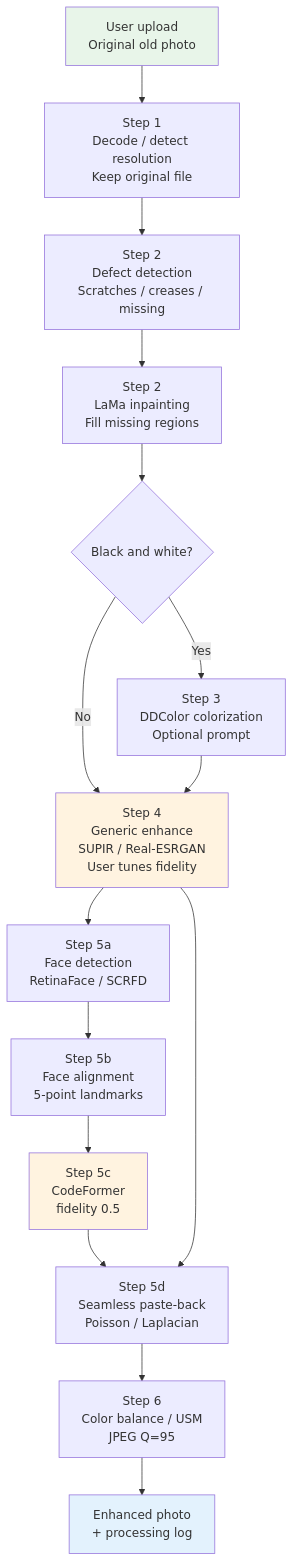
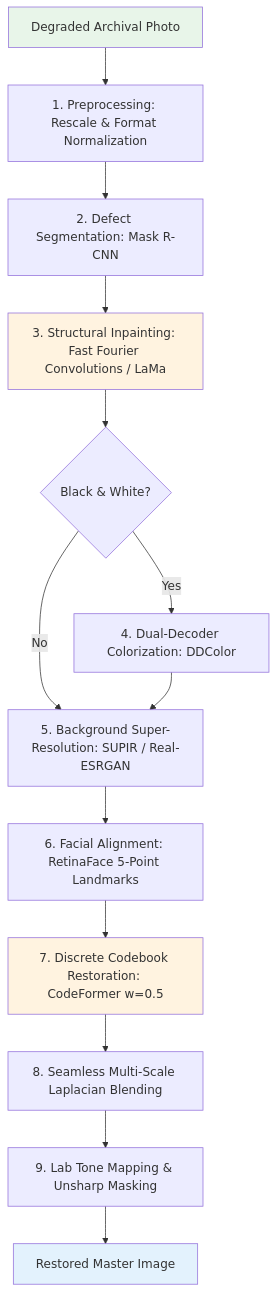
The second of 8 diagrams in en/chapters/16-cases.md (yingwang/image-enhancement-guide), drawn with Mermaid before and after one commit. The commit also changed other lines of this file and 18 other files, not shown here.

````diff
--- a/en/chapters/16-cases.md
+++ b/en/chapters/16-cases.md
@@ -155,22 +56,20 @@
 ```mermaid
 graph TD
-    Input[User upload<br/>Original old photo] --> Decode[Step 1<br/>Decode / detect resolution<br/>Keep original file]
-    Decode --> Defect[Step 2<br/>Defect detection<br/>Scratches / creases / missing]
-    Defect --> Inpaint[Step 2<br/>LaMa inpainting<br/>Fill missing regions]
-    Inpaint --> IsBW{Black and white?}
-    IsBW -- Yes --> Color[Step 3<br/>DDColor colorization<br/>Optional prompt]
-    IsBW -- No --> SR
-    Color --> SR[Step 4<br/>Generic enhance<br/>SUPIR / Real-ESRGAN<br/>User tunes fidelity]
-    SR --> Detect[Step 5a<br/>Face detection<br/>RetinaFace / SCRFD]
-    Detect --> Align[Step 5b<br/>Face alignment<br/>5-point landmarks]
-    Align --> Face[Step 5c<br/>CodeFormer<br/>fidelity 0.5]
-    Face --> Blend[Step 5d<br/>Seamless paste-back<br/>Poisson / Laplacian]
-    SR --> Blend
-    Blend --> Post[Step 6<br/>Color balance / USM<br/>JPEG Q=95]
-    Post --> Output[Enhanced photo<br/>+ processing log]
+    Input[Degraded Archival Photo] --> Pre[1. Preprocessing: Rescale & Format Normalization]
+    Pre --> DefectDet[2. Defect Segmentation: Mask R-CNN]
+    DefectDet --> Inpaint[3. Structural Inpainting: Fast Fourier Convolutions / LaMa]
+    Inpaint --> ColorCheck{Black & White?}
+    ColorCheck -- Yes --> Colorize[4. Dual-Decoder Colorization: DDColor]
+    ColorCheck -- No --> BaseSR
+    Colorize --> BaseSR[5. Background Super-Resolution: SUPIR / Real-ESRGAN]
+    BaseSR --> FaceDetect[6. Facial Alignment: RetinaFace 5-Point Landmarks]
+    FaceDetect --> FaceRestore[7. Discrete Codebook Restoration: CodeFormer w=0.5]
+    FaceRestore --> PoissonBlend[8. Seamless Multi-Scale Laplacian Blending]
+    PoissonBlend --> ColorCalib[9. Lab Tone Mapping & Unsharp Masking]
+    ColorCalib --> Output[Restored Master Image]
 
     style Input fill:#e8f5e9
+    style Inpaint fill:#fff3e0
+    style FaceRestore fill:#fff3e0
     style Output fill:#e3f2fd
-    style Face fill:#fff3e0
-    style SR fill:#fff3e0
 ```
````
